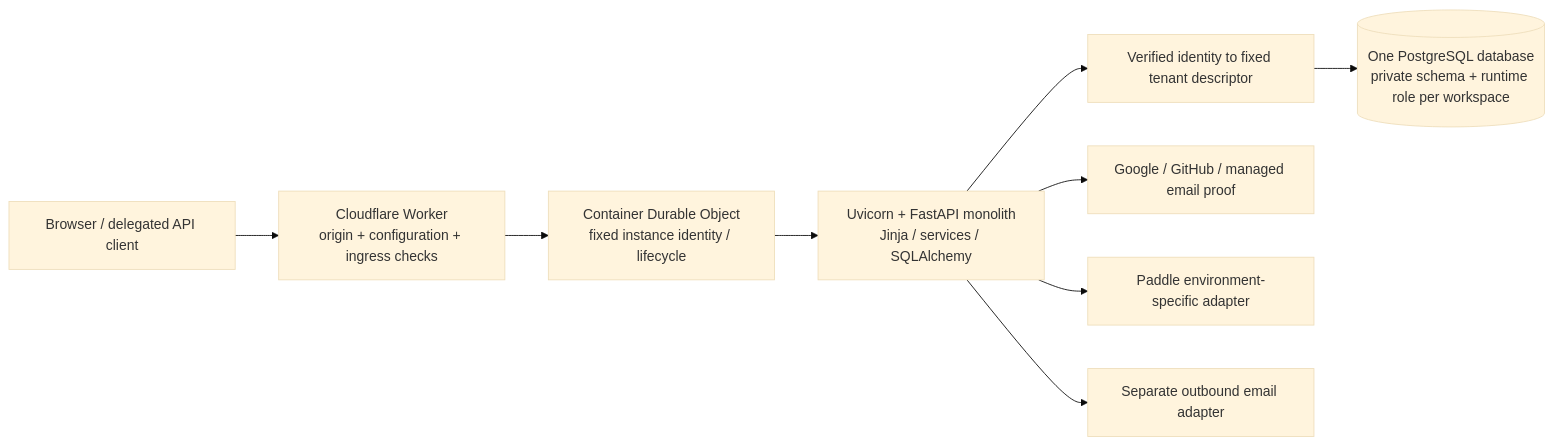
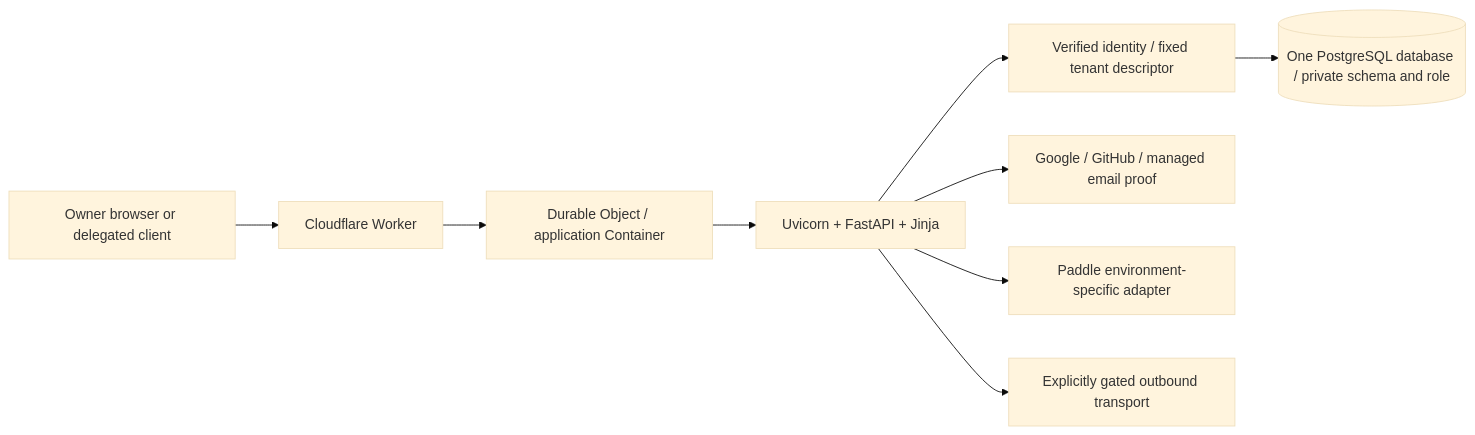
The diagram in 01-architecture-and-stack.md (edlopezpm-ops/checktimeKERandgivefeedback), drawn with Mermaid (base theme) before and after one commit. The commit also changed other lines of this file and 26 other files, not shown here.

````diff
--- a/01-architecture-and-stack.md
+++ b/01-architecture-and-stack.md
@@ -43,11 +33,11 @@
 ```mermaid
 flowchart LR
-  Browser[Browser / delegated API client] --> Worker[Cloudflare Worker\norigin + configuration + ingress checks]
-  Worker --> DO[Container Durable Object\nfixed instance identity / lifecycle]
-  DO --> App[Uvicorn + FastAPI monolith\nJinja / services / SQLAlchemy]
-  App --> Registry[Verified identity to fixed tenant descriptor]
-  Registry --> DB[(One PostgreSQL database\nprivate schema + runtime role per workspace)]
-  App --> Identity[Google / GitHub / managed email proof]
-  App --> Payments[Paddle environment-specific adapter]
-  App --> Email[Separate outbound email adapter]
+  Browser[Owner browser or delegated client] --> Edge[Cloudflare Worker]
+  Edge --> Container[Durable Object / application Container]
+  Container --> App[Uvicorn + FastAPI + Jinja]
+  App --> Registry[Verified identity / fixed tenant descriptor]
+  Registry --> DB[(One PostgreSQL database / private schema and role)]
+  App --> Auth[Google / GitHub / managed email proof]
+  App --> Billing[Paddle environment-specific adapter]
+  App --> Outbound[Explicitly gated outbound transport]
 ```
````
